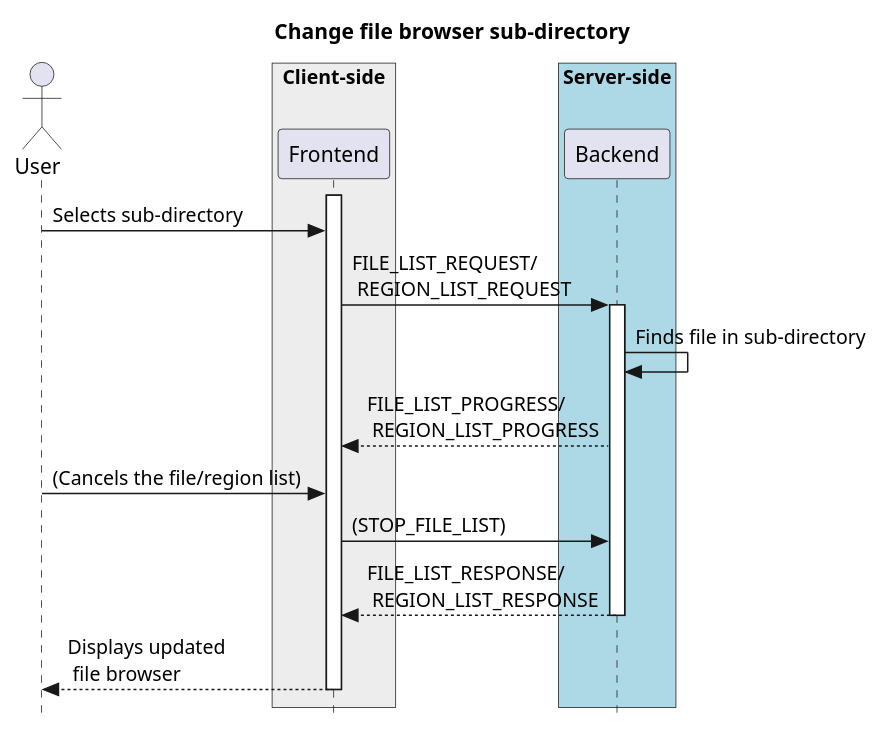
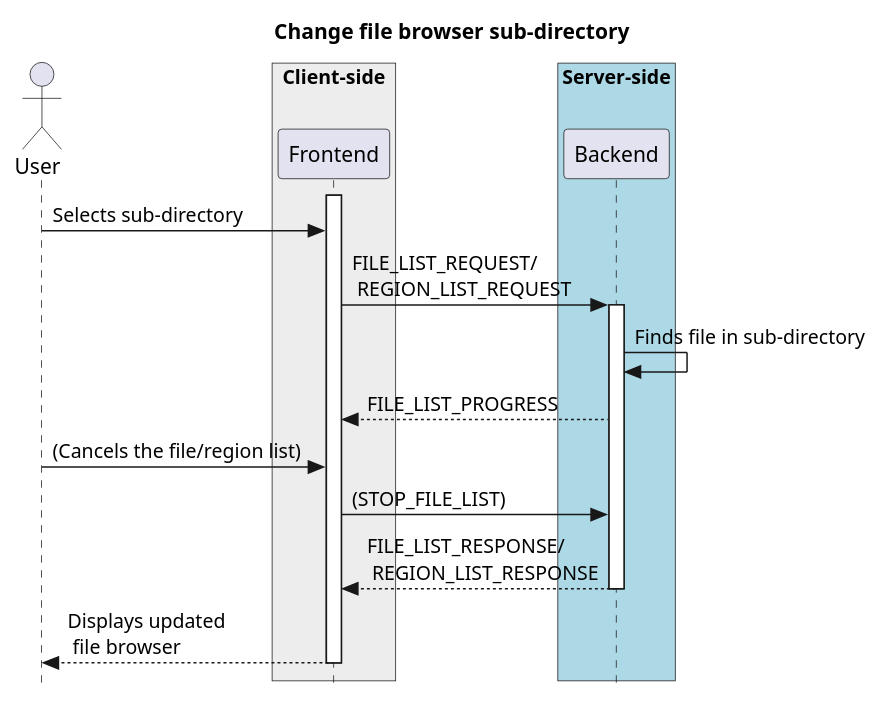
One commit to CARTAvis/carta-protobuf changed the first of 4 diagrams in docs/src/file_browsing.rst. Above: the diagram before and after it, drawn with PlantUML. The commit also changed 2 other files, not shown here.

Commit message:
updated changelog and fixed uml

```diff
--- a/docs/src/file_browsing.rst
+++ b/docs/src/file_browsing.rst
@@ -8,26 +8,26 @@
 .. uml::
     
     skinparam style strictuml
     hide footbox
     title Change file browser sub-directory
     
     actor User
     box "Client-side" #EDEDED
     participant Frontend
     end box
     
     box "Server-side" #lightblue
     participant Backend
     end box
     activate Frontend
     User -> Frontend : Selects sub-directory
     Frontend -> Backend : FILE_LIST_REQUEST/ \n REGION_LIST_REQUEST
     activate Backend
     Backend -> Backend : Finds file in sub-directory
-    Frontend <-- Backend : FILE_LIST_PROGRESS/ \n REGION_LIST_PROGRESS
+    Frontend <-- Backend : FILE_LIST_PROGRESS
     User -> Frontend : (Cancels the file/region list)
     Frontend -> Backend : (STOP_FILE_LIST)
     Frontend <-- Backend : FILE_LIST_RESPONSE/ \n REGION_LIST_RESPONSE
     deactivate Backend
     User <-- Frontend : Displays updated\n file browser
     deactivate Frontend
```
